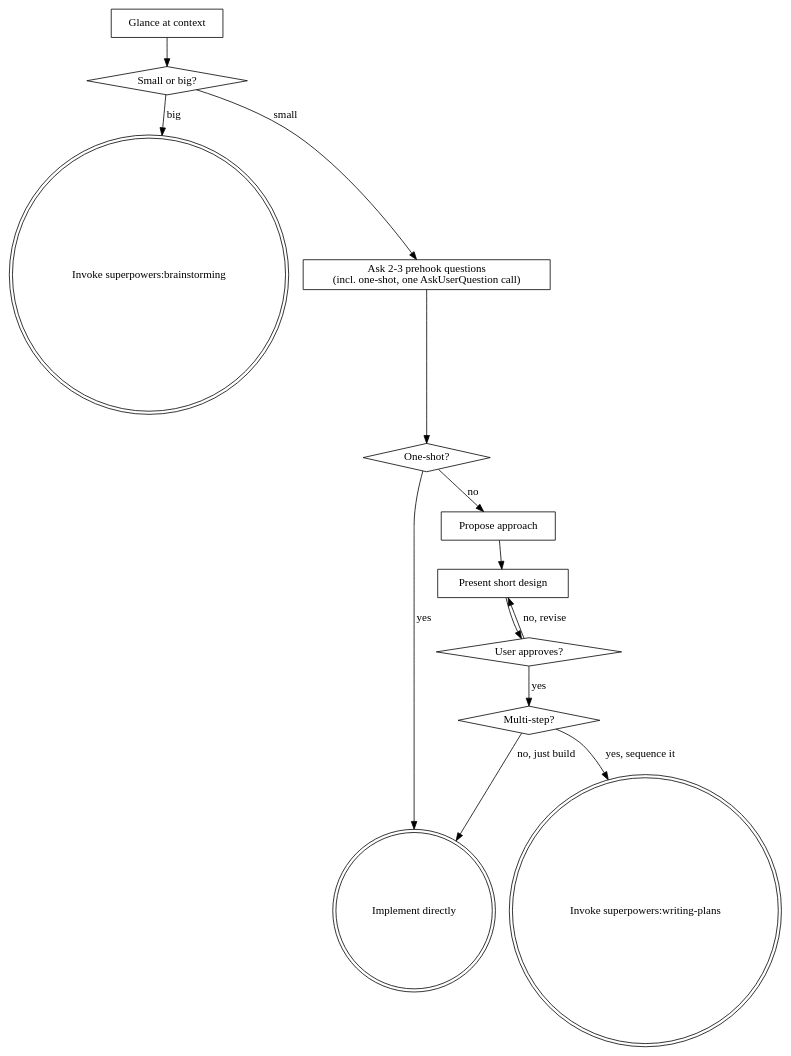
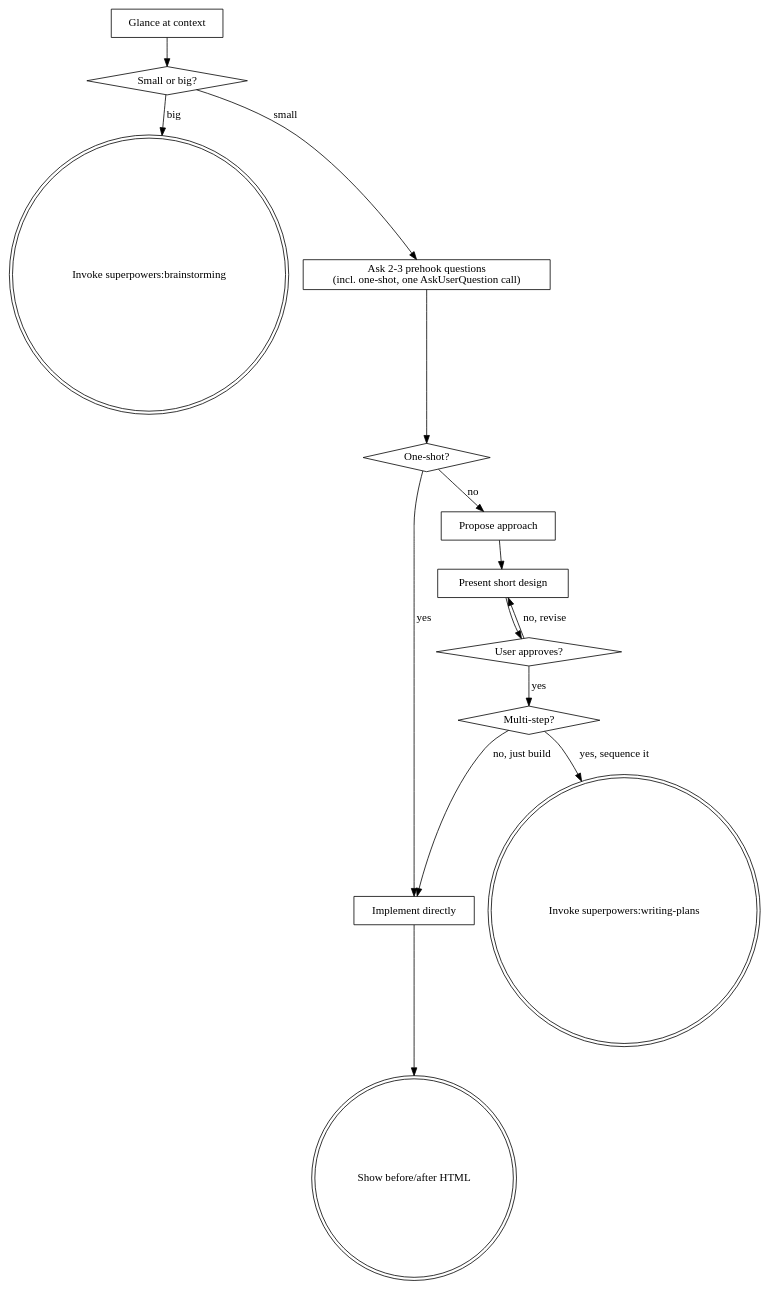
Before and after one commit to ashcastelinocs124/CasStack: the diagram in skills/mini-brainstorming/SKILL.md, drawn with Graphviz. The commit also changed other lines of this file and 1 other file, not shown here.

Commit message:
mini-brainstorming: add before/after HTML view after each build

````diff
--- a/skills/mini-brainstorming/SKILL.md
+++ b/skills/mini-brainstorming/SKILL.md
@@ -72,28 +73,30 @@
 ```dot
 digraph mini_brainstorming {
     "Glance at context" [shape=box];
     "Small or big?" [shape=diamond];
     "Invoke superpowers:brainstorming" [shape=doublecircle];
     "Ask 2-3 prehook questions\n(incl. one-shot, one AskUserQuestion call)" [shape=box];
     "One-shot?" [shape=diamond];
-    "Implement directly" [shape=doublecircle];
+    "Implement directly" [shape=box];
     "Propose approach" [shape=box];
     "Present short design" [shape=box];
     "User approves?" [shape=diamond];
     "Multi-step?" [shape=diamond];
     "Invoke superpowers:writing-plans" [shape=doublecircle];
+    "Show before/after HTML" [shape=doublecircle];
 
     "Glance at context" -> "Small or big?";
     "Small or big?" -> "Invoke superpowers:brainstorming" [label="big"];
     "Small or big?" -> "Ask 2-3 prehook questions\n(incl. one-shot, one AskUserQuestion call)" [label="small"];
     "Ask 2-3 prehook questions\n(incl. one-shot, one AskUserQuestion call)" -> "One-shot?";
     "One-shot?" -> "Implement directly" [label="yes"];
     "One-shot?" -> "Propose approach" [label="no"];
     "Propose approach" -> "Present short design";
     "Present short design" -> "User approves?";
     "User approves?" -> "Present short design" [label="no, revise"];
     "User approves?" -> "Multi-step?" [label="yes"];
     "Multi-step?" -> "Invoke superpowers:writing-plans" [label="yes, sequence it"];
     "Multi-step?" -> "Implement directly" [label="no, just build"];
+    "Implement directly" -> "Show before/after HTML";
 }
 ```
````
